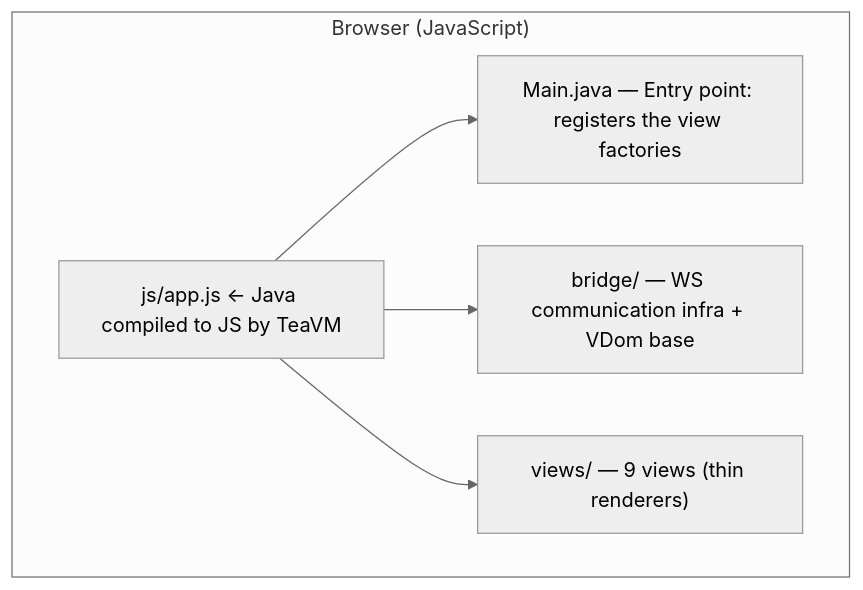
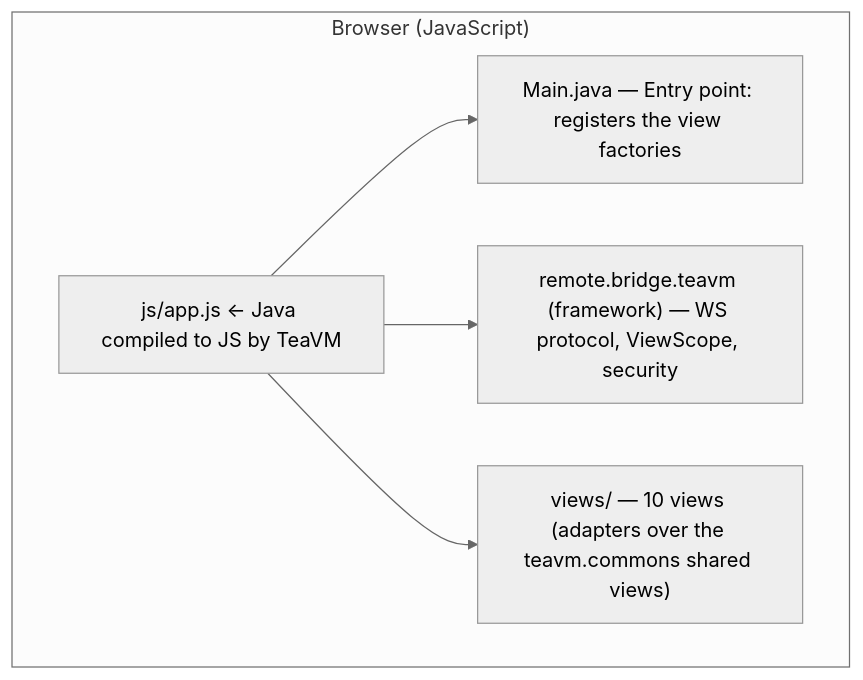
The first of 4 diagrams in fontes/br.com.wdc.store/br.com.wdc.store.view.remote/remote.shell.teavm/README.md (mrcdom/wdc-cube-java-v2), drawn with Mermaid (neutral theme) before and after one commit. The commit also changed other lines of this file and 50 other files, not shown here.

````diff
--- a/fontes/br.com.wdc.store/br.com.wdc.store.view.remote/remote.shell.teavm/README.md
+++ b/fontes/br.com.wdc.store/br.com.wdc.store.view.remote/remote.shell.teavm/README.md
@@ -13,12 +13,12 @@
 ```mermaid
 graph TD
     subgraph browser["Browser (JavaScript)"]
         main["js/app.js ← Java compiled to JS by TeaVM"]
         mainClass["Main.java — Entry point: registers the view factories"]
-        bridge["bridge/ — WS communication infra + VDom base"]
-        views["views/ — 9 views (thin renderers)"]
+        bridge["remote.bridge.teavm (framework) — WS protocol, ViewScope, security"]
+        views["views/ — 10 views (adapters over the teavm.commons shared views)"]
         main --> mainClass
         main --> bridge
         main --> views
     end
 ```
````
